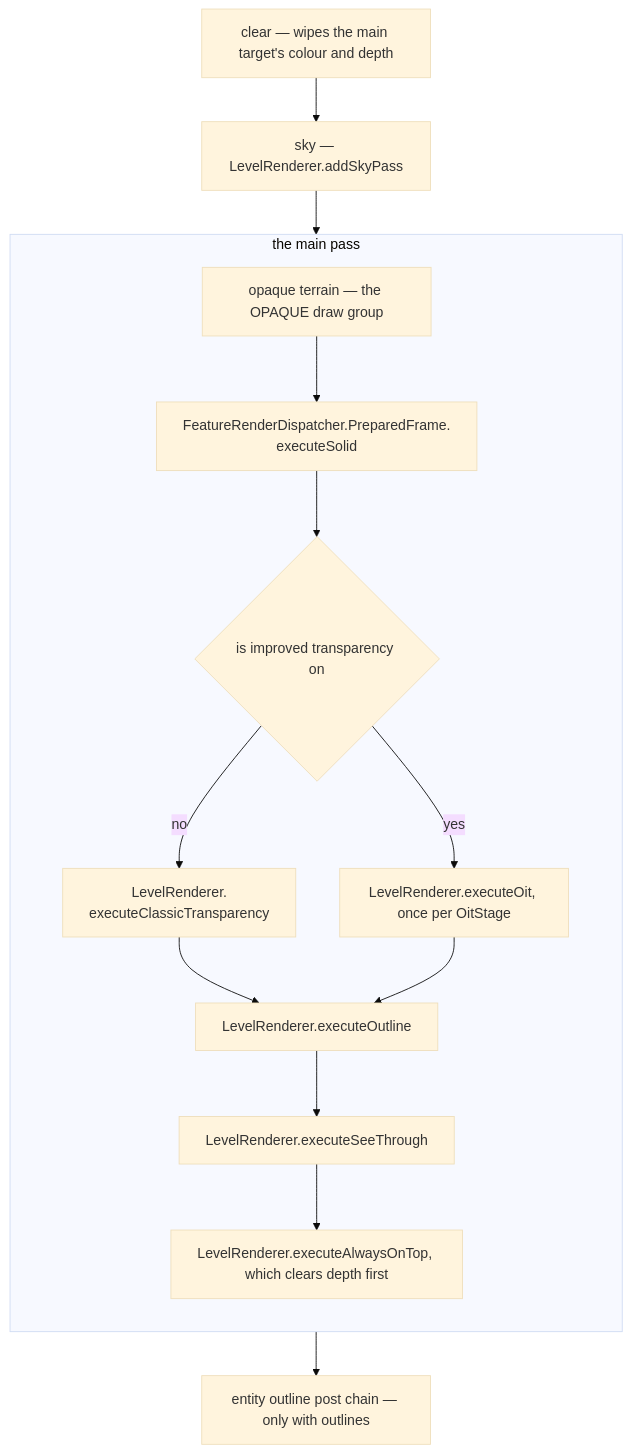
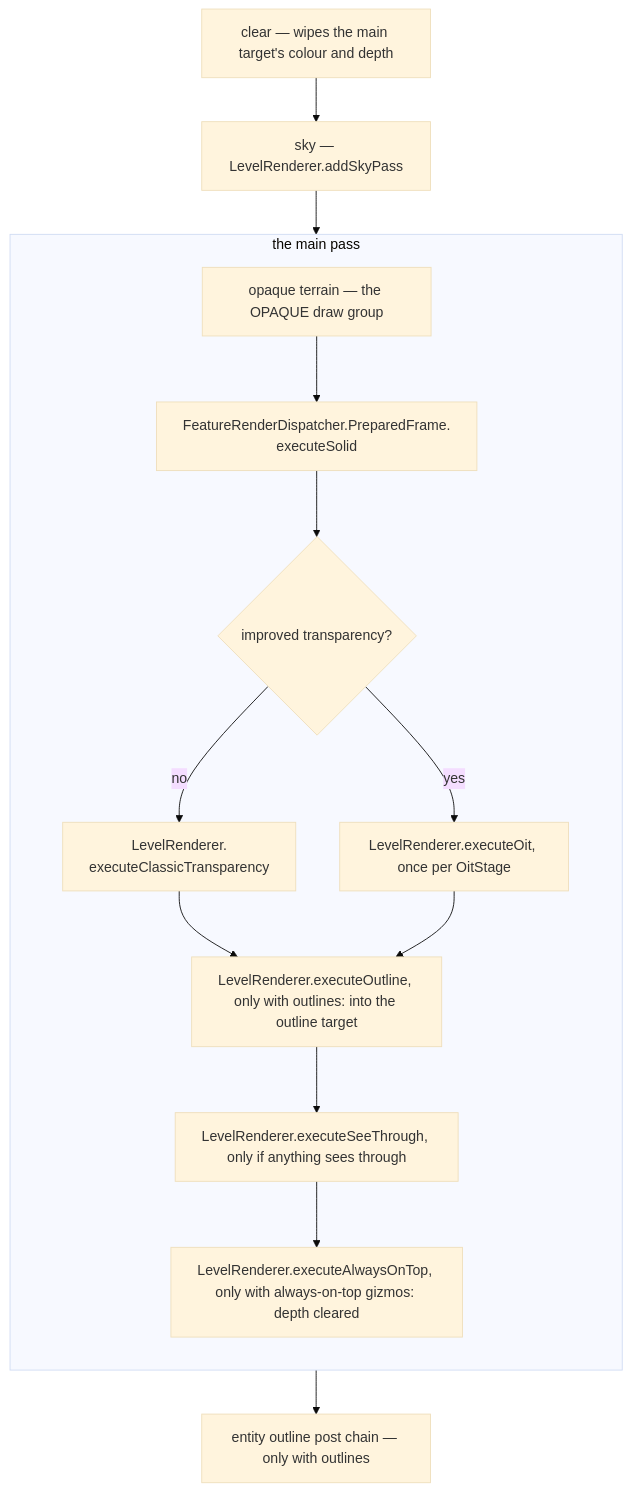
The second of 2 diagrams in src/systems/rendering/visibility-and-the-frame-graph.md (AlexanderjFraser/MinecraftDocs), drawn with Mermaid (base theme) before and after one commit. The commit also changed other lines of this file and 18 other files, not shown here.

````diff
--- a/src/systems/rendering/visibility-and-the-frame-graph.md
+++ b/src/systems/rendering/visibility-and-the-frame-graph.md
@@ -204,26 +222,26 @@
 ```mermaid
 flowchart TD
     CLEAR["clear — wipes the main target's colour and depth"]
     SKY["sky — LevelRenderer.addSkyPass"]
     subgraph MAIN ["the main pass"]
         direction TB
         T1["opaque terrain — the OPAQUE draw group"]
         T2["FeatureRenderDispatcher.PreparedFrame.<br/>executeSolid"]
-        D{"is improved transparency on"}
+        D{"improved transparency?"}
         T3["LevelRenderer.<br/>executeClassicTransparency"]
         T4["LevelRenderer.executeOit, once per OitStage"]
-        T5["LevelRenderer.executeOutline"]
-        T6["LevelRenderer.executeSeeThrough"]
-        T7["LevelRenderer.executeAlwaysOnTop, which clears depth first"]
+        T5["LevelRenderer.executeOutline, only with outlines: into the outline target"]
+        T6["LevelRenderer.executeSeeThrough, only if anything sees through"]
+        T7["LevelRenderer.executeAlwaysOnTop, only with always-on-top gizmos: depth cleared"]
         T1 --> T2 --> D
         D -->|"no"| T3
         D -->|"yes"| T4
         T3 --> T5
         T4 --> T5
         T5 --> T6 --> T7
     end
     OUT["entity outline post chain — only with outlines"]
     CLEAR --> SKY
     SKY --> MAIN
     MAIN --> OUT
 ```
````
